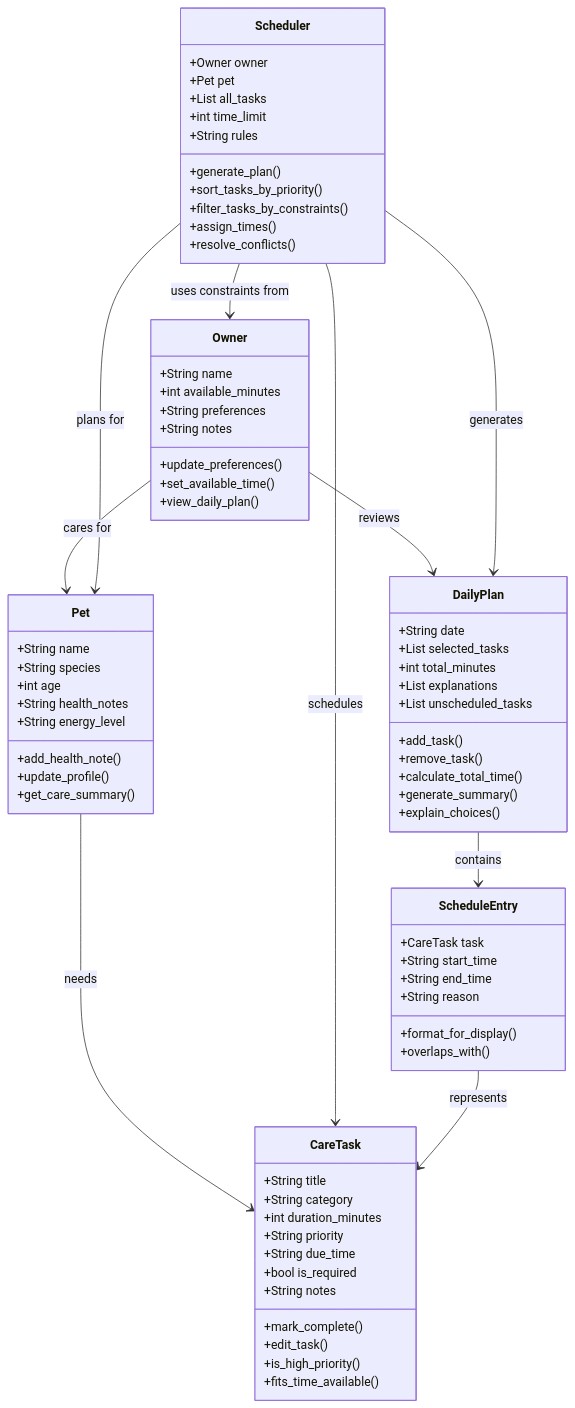
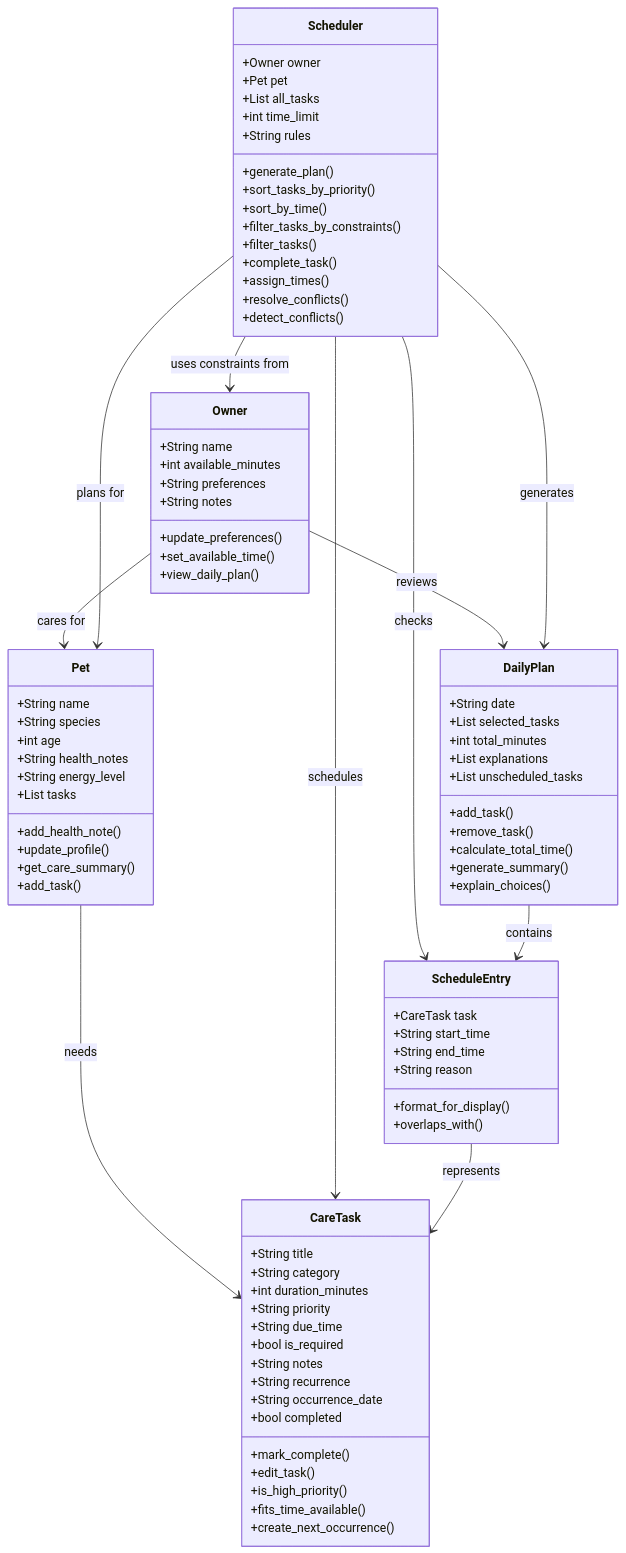
The diagram in README.md (esmaeil-mirvakili/ai110-module2show-pawpal-starter), drawn with Mermaid before and after one commit. The commit also changed other lines of this file and 4 other files, not shown here.

````diff
--- a/README.md
+++ b/README.md
@@ -50,9 +50,11 @@
         +int age
         +String health_notes
         +String energy_level
+        +List tasks
         +add_health_note()
         +update_profile()
         +get_care_summary()
+        +add_task()
     }
 
     class CareTask {
@@ -63,10 +65,14 @@
         +String due_time
         +bool is_required
         +String notes
+        +String recurrence
+        +String occurrence_date
+        +bool completed
         +mark_complete()
         +edit_task()
         +is_high_priority()
         +fits_time_available()
+        +create_next_occurrence()
     }
 
     class DailyPlan {
@@ -90,9 +96,13 @@
         +String rules
         +generate_plan()
         +sort_tasks_by_priority()
+        +sort_by_time()
         +filter_tasks_by_constraints()
+        +filter_tasks()
+        +complete_task()
         +assign_times()
         +resolve_conflicts()
+        +detect_conflicts()
     }
 
     class ScheduleEntry {
@@ -111,6 +121,7 @@
     Scheduler --> Pet : plans for
     Scheduler --> CareTask : schedules
     Scheduler --> DailyPlan : generates
+    Scheduler --> ScheduleEntry : checks
     DailyPlan --> ScheduleEntry : contains
     ScheduleEntry --> CareTask : represents
 ```
````
